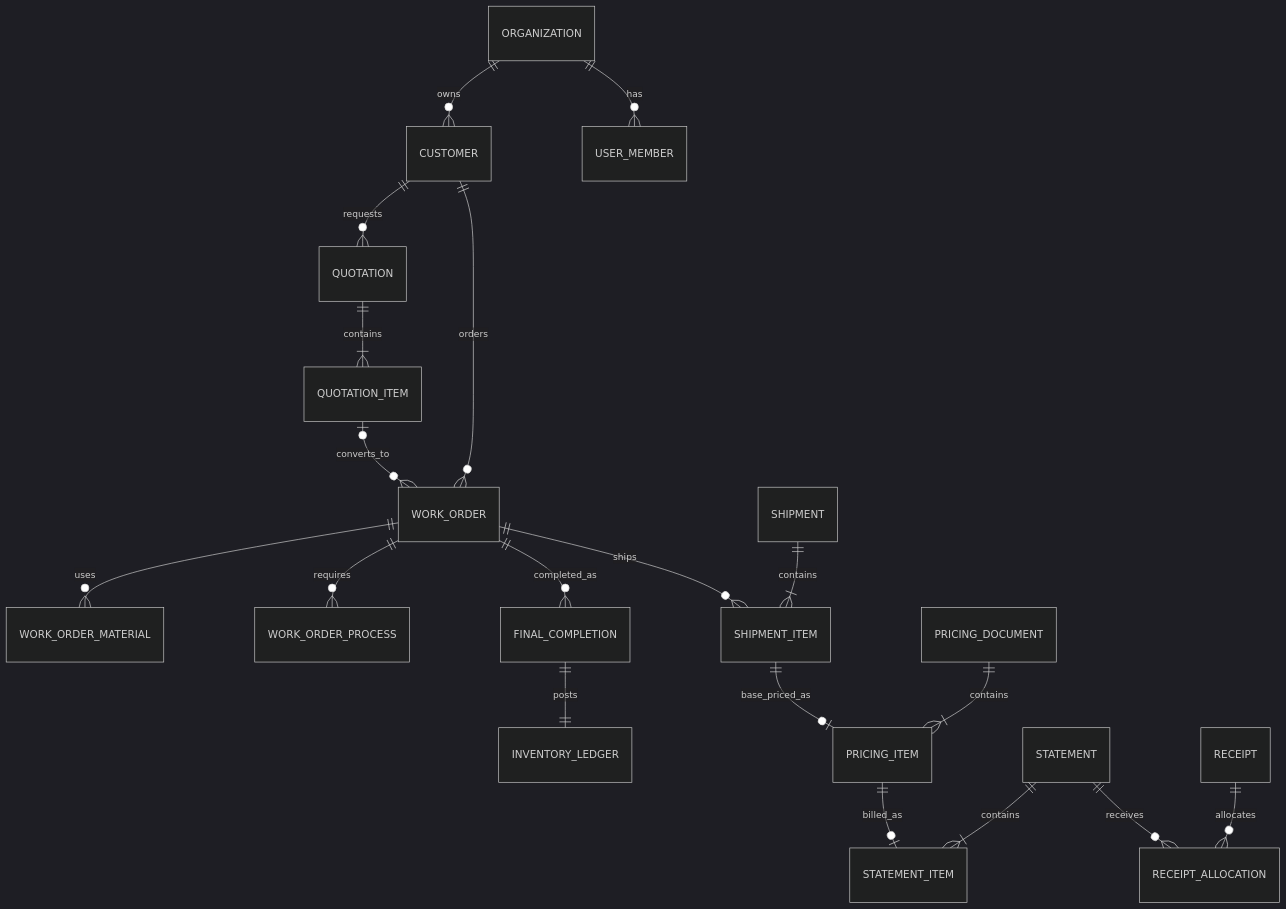
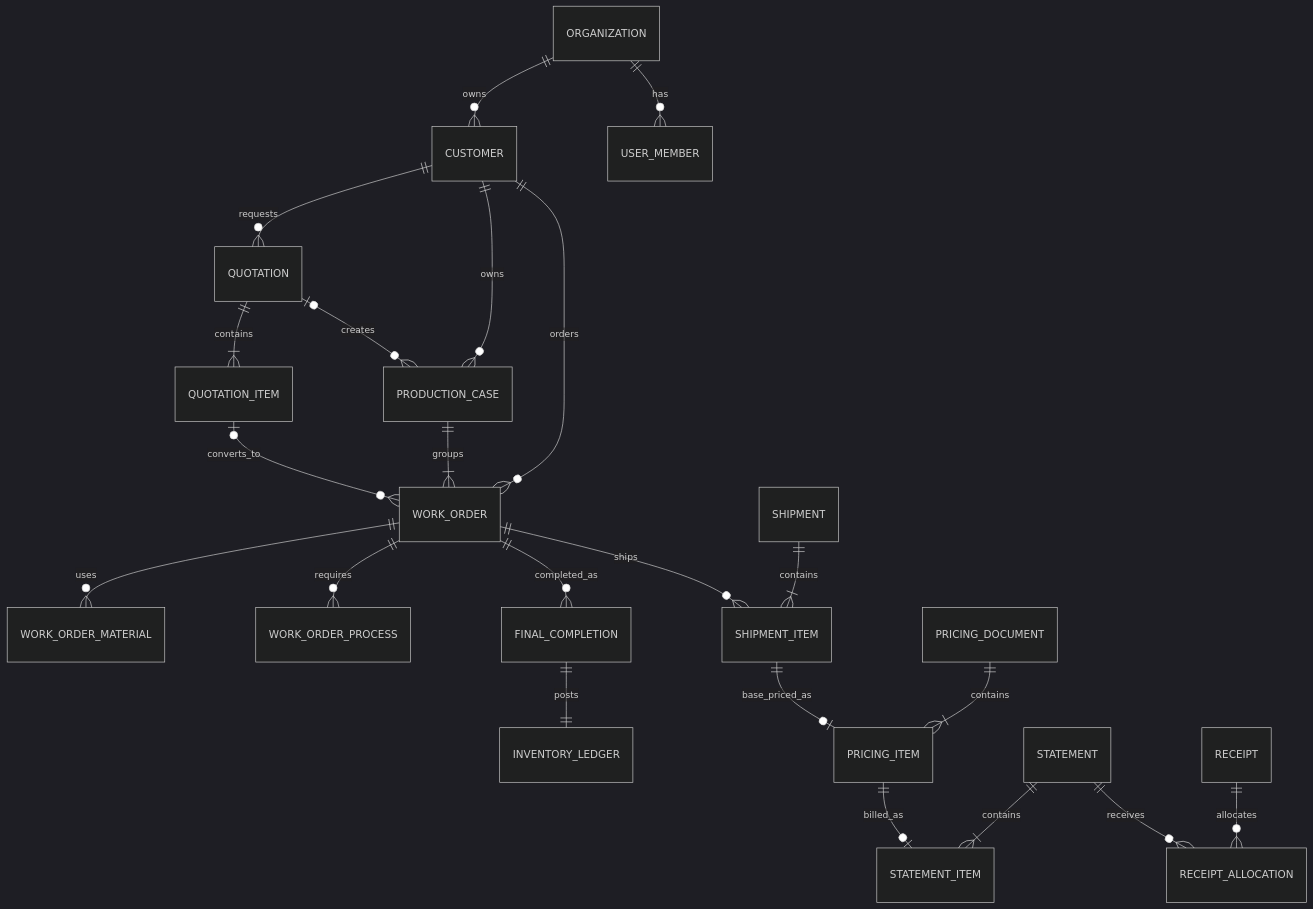
The diagram in docs/資料模型與業務規則.md (kk98033/company-operations-system), drawn with Mermaid (dark theme) before and after one commit. The commit also changed other lines of this file and 21 other files, not shown here.

Commit message:
feat(ui): add case work order hierarchy

````diff
--- a/docs/資料模型與業務規則.md
+++ b/docs/資料模型與業務規則.md
@@ -7,21 +7,24 @@
 ```mermaid
 erDiagram
     ORGANIZATION ||--o{ CUSTOMER : owns
     ORGANIZATION ||--o{ USER_MEMBER : has
     CUSTOMER ||--o{ QUOTATION : requests
     QUOTATION ||--|{ QUOTATION_ITEM : contains
+    CUSTOMER ||--o{ PRODUCTION_CASE : owns
+    QUOTATION o|--o{ PRODUCTION_CASE : creates
+    PRODUCTION_CASE ||--|{ WORK_ORDER : groups
     QUOTATION_ITEM o|--o{ WORK_ORDER : converts_to
     CUSTOMER ||--o{ WORK_ORDER : orders
     WORK_ORDER ||--o{ WORK_ORDER_MATERIAL : uses
     WORK_ORDER ||--o{ WORK_ORDER_PROCESS : requires
     WORK_ORDER ||--o{ FINAL_COMPLETION : completed_as
     FINAL_COMPLETION ||--|| INVENTORY_LEDGER : posts
     WORK_ORDER ||--o{ SHIPMENT_ITEM : ships
     SHIPMENT ||--|{ SHIPMENT_ITEM : contains
     SHIPMENT_ITEM ||--o| PRICING_ITEM : base_priced_as
     PRICING_DOCUMENT ||--|{ PRICING_ITEM : contains
     PRICING_ITEM ||--o| STATEMENT_ITEM : billed_as
     STATEMENT ||--|{ STATEMENT_ITEM : contains
     RECEIPT ||--o{ RECEIPT_ALLOCATION : allocates
     STATEMENT ||--o{ RECEIPT_ALLOCATION : receives
 ```
````
